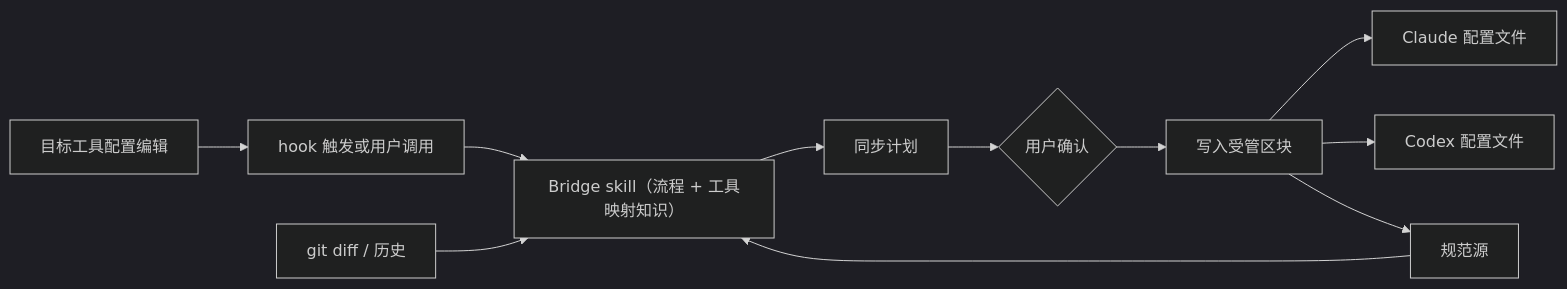
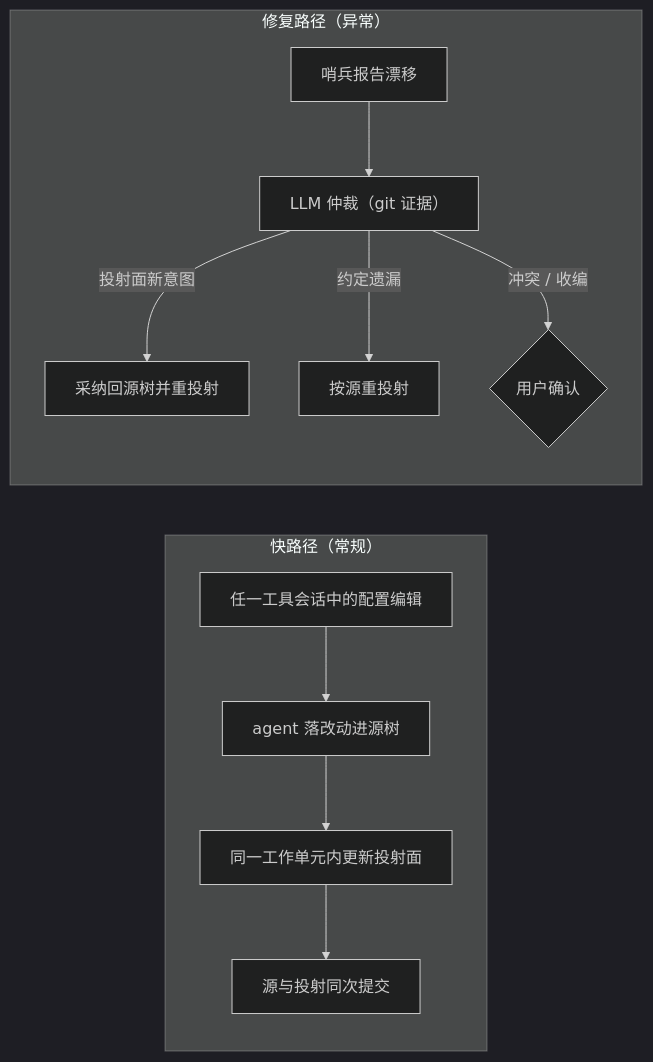
Before and after one commit to sesamehut/agent-config-bridge: the diagram in docs/architecture/overview.md, drawn with Mermaid (dark theme). The commit also changed other lines of this file and 7 other files, not shown here.

````diff
--- a/docs/architecture/overview.md
+++ b/docs/architecture/overview.md
@@ -20,13 +33,14 @@
 ```mermaid
 flowchart LR
-  H["目标工具配置编辑"] --> T["hook 触发或用户调用"]
-  T --> S["Bridge skill（流程 + 工具映射知识）"]
-  G["git diff / 历史"] --> S
-  C["规范源"] --> S
-  S --> P["同步计划"]
-  P --> U{"用户确认"}
-  U --> W["写入受管区块"]
-  W --> A["Claude 配置文件"]
-  W --> X["Codex 配置文件"]
-  W --> C
+  subgraph fast["快路径（常规）"]
+    E["任一工具会话中的配置编辑"] --> S["agent 落改动进源树"]
+    S --> P["同一工作单元内更新投射面"]
+    P --> C["源与投射同次提交"]
+  end
+  subgraph repair["修复路径（异常）"]
+    D["哨兵报告漂移"] --> A["LLM 仲裁（git 证据）"]
+    A -->|"投射面新意图"| W["采纳回源树并重投射"]
+    A -->|"约定遗漏"| R["按源重投射"]
+    A -->|"冲突 / 收编"| U{"用户确认"}
+  end
 ```
````
